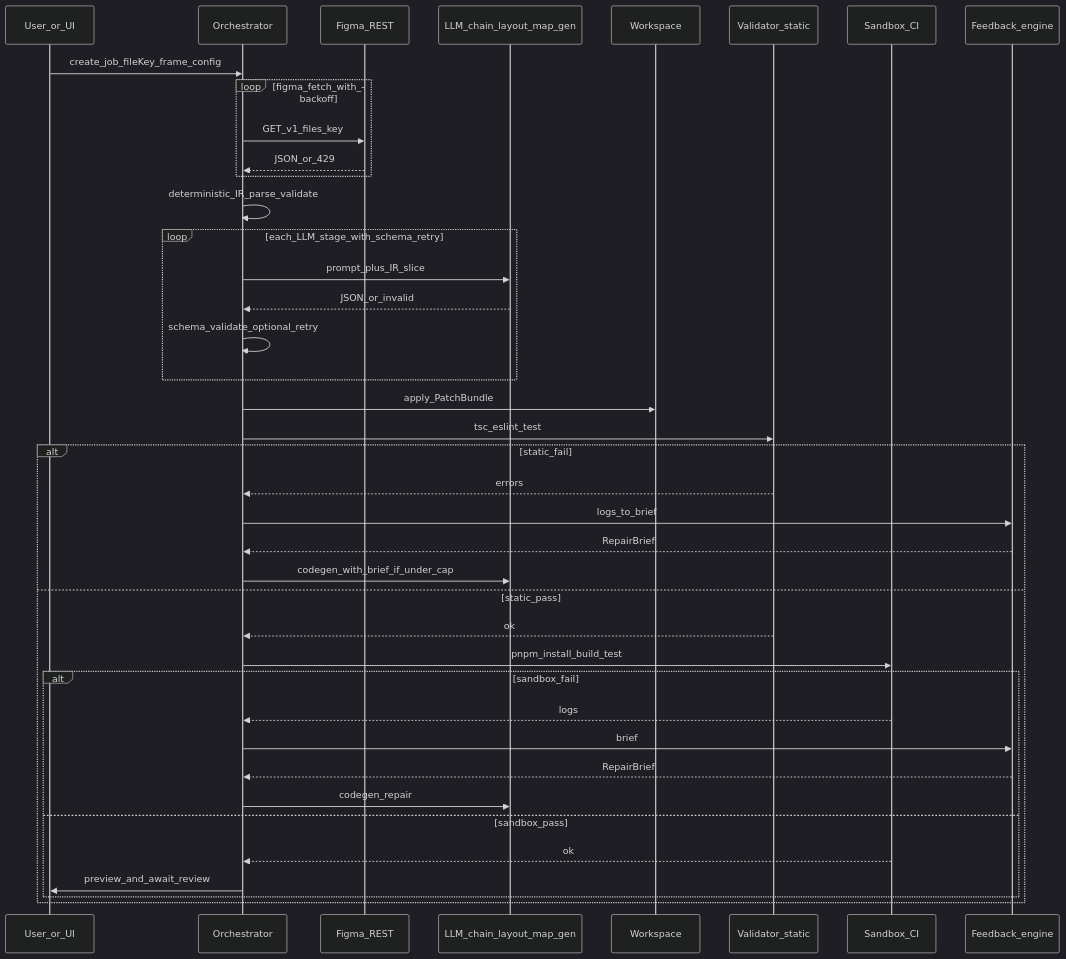
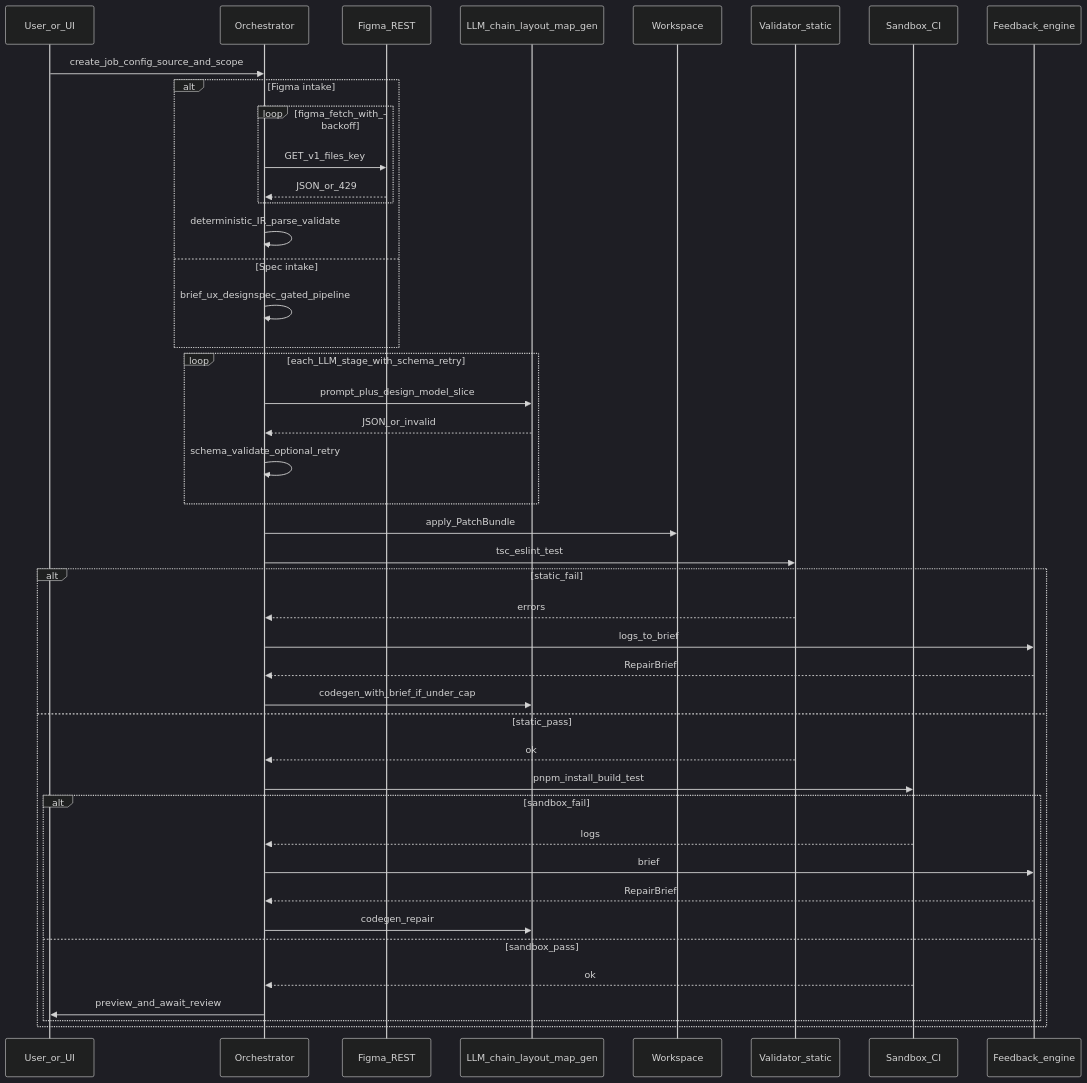
The third of 4 diagrams in README.md (CodeByStella/AI-Coding-Agent-Pipeline-Diagram), drawn with Mermaid (dark theme) before and after one commit. The commit also changed other lines of this file and 14 other files, not shown here.

First line of the commit message:
docs: agentic agent framing, requirements-only intake, DesignSpec fixture

````diff
--- a/README.md
+++ b/README.md
@@ -101,43 +108,47 @@
 ```mermaid
 sequenceDiagram
   participant U as User_or_UI
   participant O as Orchestrator
   participant F as Figma_REST
   participant L as LLM_chain_layout_map_gen
   participant W as Workspace
   participant V as Validator_static
   participant S as Sandbox_CI
   participant B as Feedback_engine
 
-  U->>O: create_job_fileKey_frame_config
-  loop figma_fetch_with_backoff
-    O->>F: GET_v1_files_key
-    F-->>O: JSON_or_429
+  U->>O: create_job_config_source_and_scope
+  alt Figma intake
+    loop figma_fetch_with_backoff
+      O->>F: GET_v1_files_key
+      F-->>O: JSON_or_429
+    end
+    O->>O: deterministic_IR_parse_validate
+  else Spec intake
+    O->>O: brief_ux_designspec_gated_pipeline
   end
-  O->>O: deterministic_IR_parse_validate
   loop each_LLM_stage_with_schema_retry
-    O->>L: prompt_plus_IR_slice
+    O->>L: prompt_plus_design_model_slice
     L-->>O: JSON_or_invalid
     O->>O: schema_validate_optional_retry
   end
   O->>W: apply_PatchBundle
   O->>V: tsc_eslint_test
   alt static_fail
     V-->>O: errors
     O->>B: logs_to_brief
     B-->>O: RepairBrief
     O->>L: codegen_with_brief_if_under_cap
   else static_pass
     V-->>O: ok
     O->>S: pnpm_install_build_test
     alt sandbox_fail
       S-->>O: logs
       O->>B: brief
       B-->>O: RepairBrief
       O->>L: codegen_repair
     else sandbox_pass
       S-->>O: ok
       O->>U: preview_and_await_review
     end
   end
 ```
````
